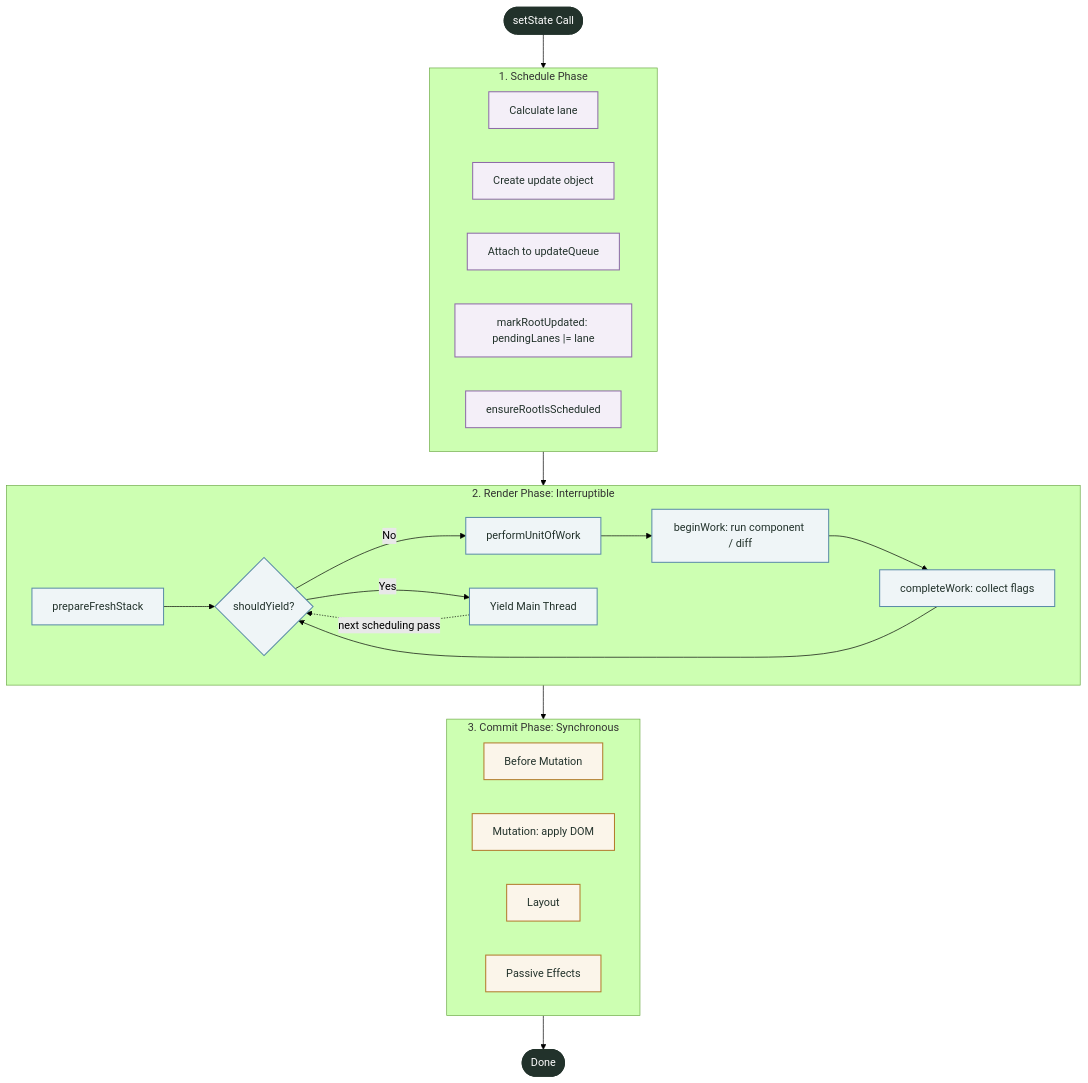
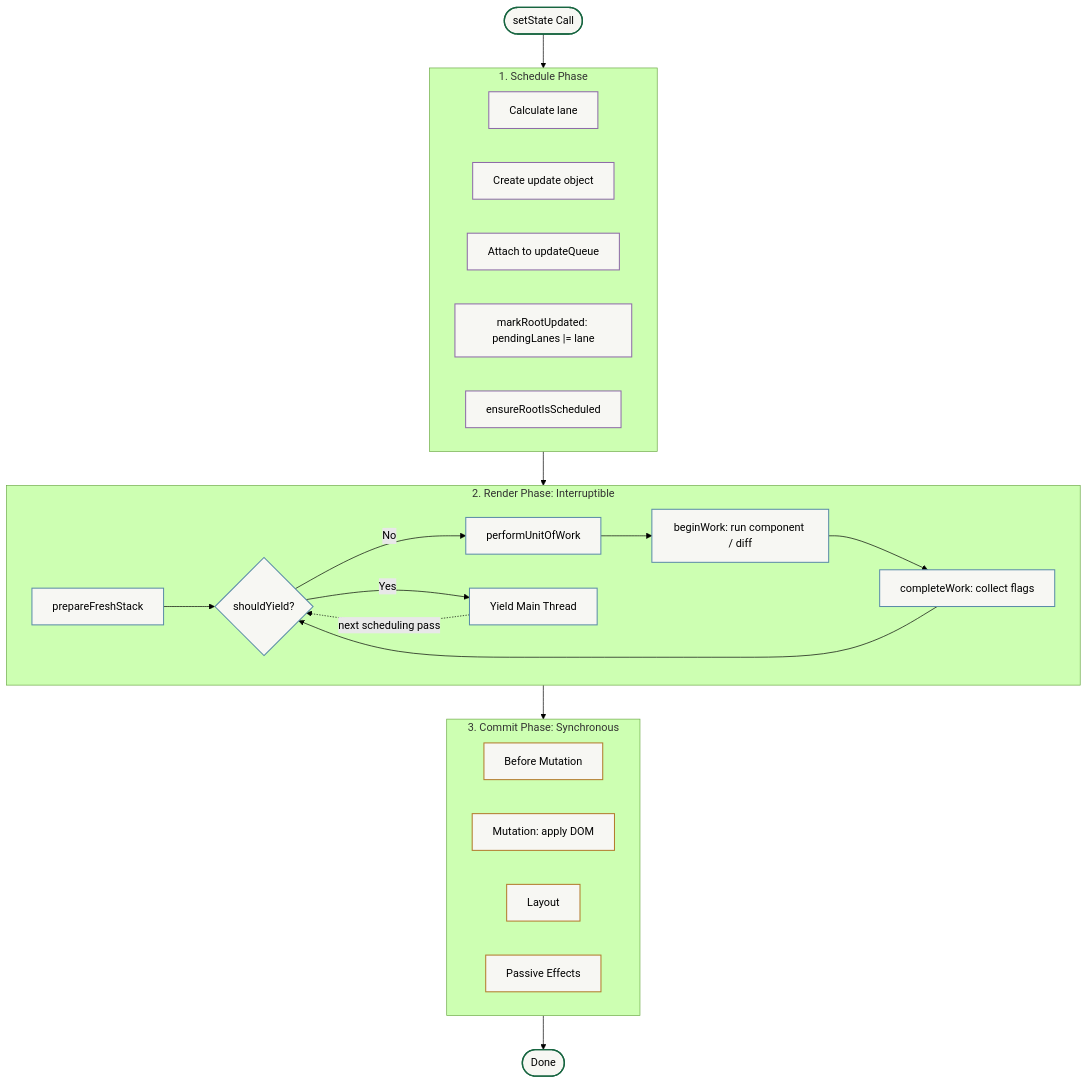
Before and after one commit to Fatejian/frontier-vault: the seventh of 7 diagrams in docs/en/frameworks/react-fiber.md, drawn with Mermaid (forest theme). The commit also changed other lines of this file and 65 other files, not shown here.

First line of the commit message:
fix(theme): unify mermaid chart palette and remove solid core fills

````diff
--- a/docs/en/frameworks/react-fiber.md
+++ b/docs/en/frameworks/react-fiber.md
@@ -669,43 +669,43 @@
 ```mermaid
 flowchart TB
     A(["setState Call"])
 
     subgraph Schedule["1. Schedule Phase"]
         S1["Calculate lane"]
         S2["Create update object"]
         S3["Attach to updateQueue"]
         S4["markRootUpdated: pendingLanes |= lane"]
         S5["ensureRootIsScheduled"]
     end
 
     subgraph Render["2. Render Phase: Interruptible"]
         R1["prepareFreshStack"]
         R2{"shouldYield?"}
         R3["performUnitOfWork"]
         R4["beginWork: run component / diff"]
         R5["completeWork: collect flags"]
         R1 --> R2
         R2 -->|No| R3 --> R4 --> R5 --> R2
         R2 -->|Yes| R6["Yield Main Thread"]
         R6 -.next scheduling pass.-> R2
     end
 
     subgraph Commit["3. Commit Phase: Synchronous"]
         C1["Before Mutation"]
         C2["Mutation: apply DOM"]
         C3["Layout"]
         C4["Passive Effects"]
     end
 
     A --> Schedule --> Render --> Commit --> Done(["Done"])
 
-    classDef metric fill:#F4EFF8,stroke:#8E6BA8,color:#22322B,stroke-width:1.5px;
-    classDef wait fill:#EFF5F7,stroke:#5B8CA8,color:#22322B,stroke-width:1.5px;
-    classDef block fill:#FBF5EA,stroke:#B27B2C,color:#22322B,stroke-width:1.5px;
-    classDef core fill:#22322B,color:#fff,stroke:#22322B,stroke-width:2px;
+    classDef metric fill:#F7F7F3,stroke:#8E6BA8,stroke-width:1.5px;
+    classDef wait fill:#F7F7F3,stroke:#5B8CA8,stroke-width:1.5px;
+    classDef block fill:#F7F7F3,stroke:#B27B2C,stroke-width:1.5px;
+    classDef core fill:#F7F7F3,stroke:#176540,stroke-width:2px;
 
     class A,Done core;
     class S1,S2,S3,S4,S5 metric;
     class R1,R2,R3,R4,R5,R6 wait;
     class C1,C2,C3,C4 block;
 ```
````
